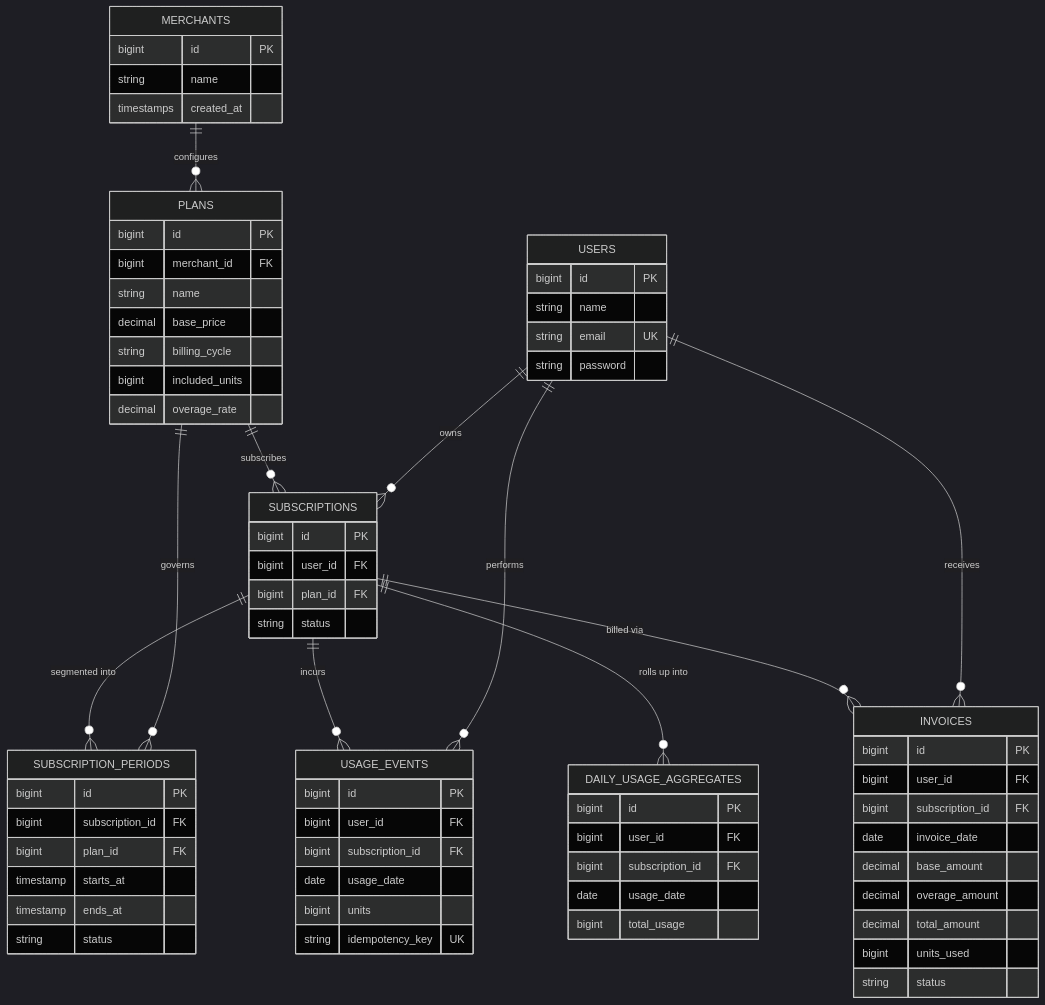
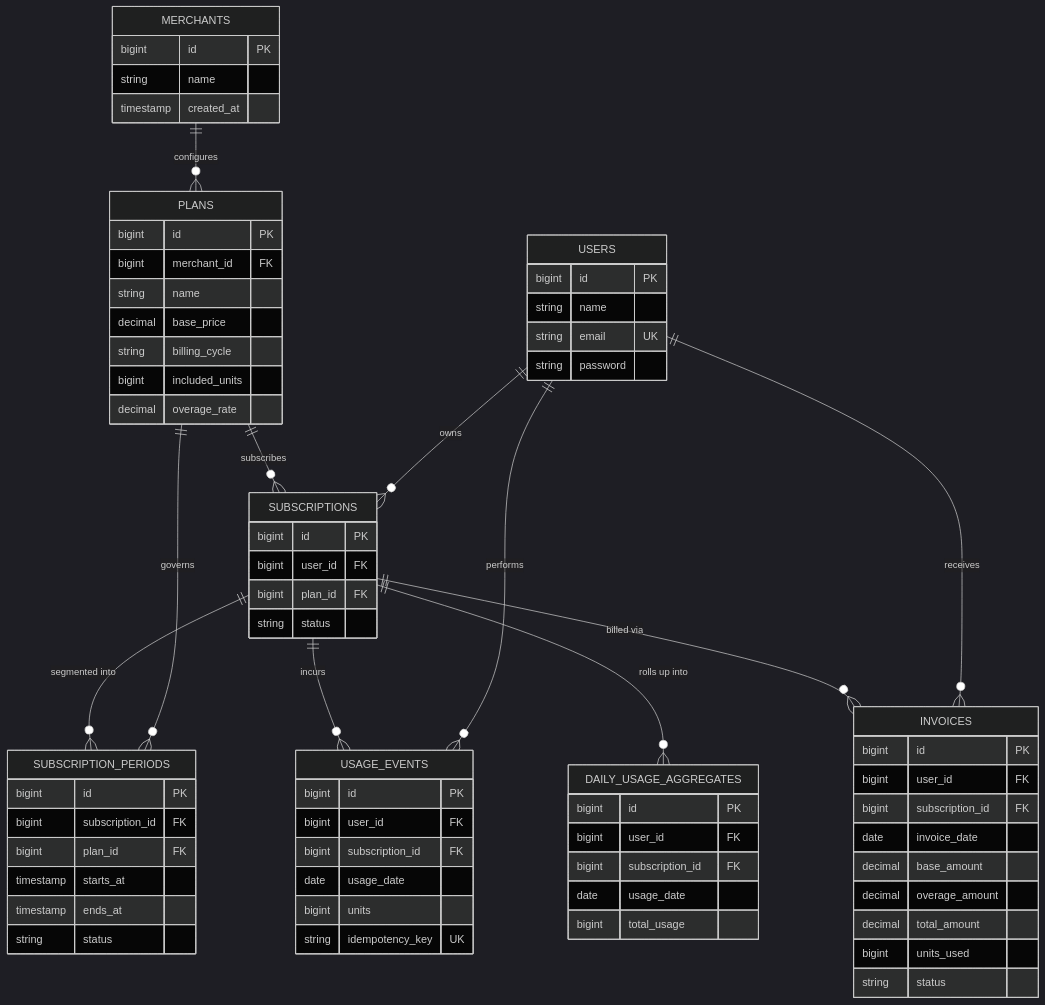
The second of 2 diagrams in README.md (Vishnu-Selva-Kumar/mallow-mini-task), drawn with Mermaid (dark theme) before and after one commit. The commit also changed other lines of this file, not shown here.

Commit message:
docs(readme): fix mermaid diagram syntax for github rendering

````diff
--- a/README.md
+++ b/README.md
@@ -78,81 +78,81 @@
 ```mermaid
 erDiagram
     MERCHANTS ||--o{ PLANS : "configures"
     PLANS ||--o{ SUBSCRIPTIONS : "subscribes"
     USERS ||--o{ SUBSCRIPTIONS : "owns"
     SUBSCRIPTIONS ||--o{ SUBSCRIPTION_PERIODS : "segmented into"
     PLANS ||--o{ SUBSCRIPTION_PERIODS : "governs"
     SUBSCRIPTIONS ||--o{ USAGE_EVENTS : "incurs"
     USERS ||--o{ USAGE_EVENTS : "performs"
     SUBSCRIPTIONS ||--o{ DAILY_USAGE_AGGREGATES : "rolls up into"
     SUBSCRIPTIONS ||--o{ INVOICES : "billed via"
     USERS ||--o{ INVOICES : "receives"
 
     MERCHANTS {
         bigint id PK
         string name
-        timestamps created_at
+        timestamp created_at
     }
 
     PLANS {
         bigint id PK
         bigint merchant_id FK
         string name
         decimal base_price
         string billing_cycle
         bigint included_units
         decimal overage_rate
     }
 
     USERS {
         bigint id PK
         string name
         string email UK
         string password
     }
 
     SUBSCRIPTIONS {
         bigint id PK
         bigint user_id FK
         bigint plan_id FK
         string status
     }
 
     SUBSCRIPTION_PERIODS {
         bigint id PK
         bigint subscription_id FK
         bigint plan_id FK
         timestamp starts_at
         timestamp ends_at
         string status
     }
 
     USAGE_EVENTS {
         bigint id PK
         bigint user_id FK
         bigint subscription_id FK
         date usage_date
         bigint units
         string idempotency_key UK
     }
 
     DAILY_USAGE_AGGREGATES {
         bigint id PK
         bigint user_id FK
         bigint subscription_id FK
         date usage_date
         bigint total_usage
     }
 
     INVOICES {
         bigint id PK
         bigint user_id FK
         bigint subscription_id FK
         date invoice_date
         decimal base_amount
         decimal overage_amount
         decimal total_amount
         bigint units_used
         string status
     }
 ```
````
